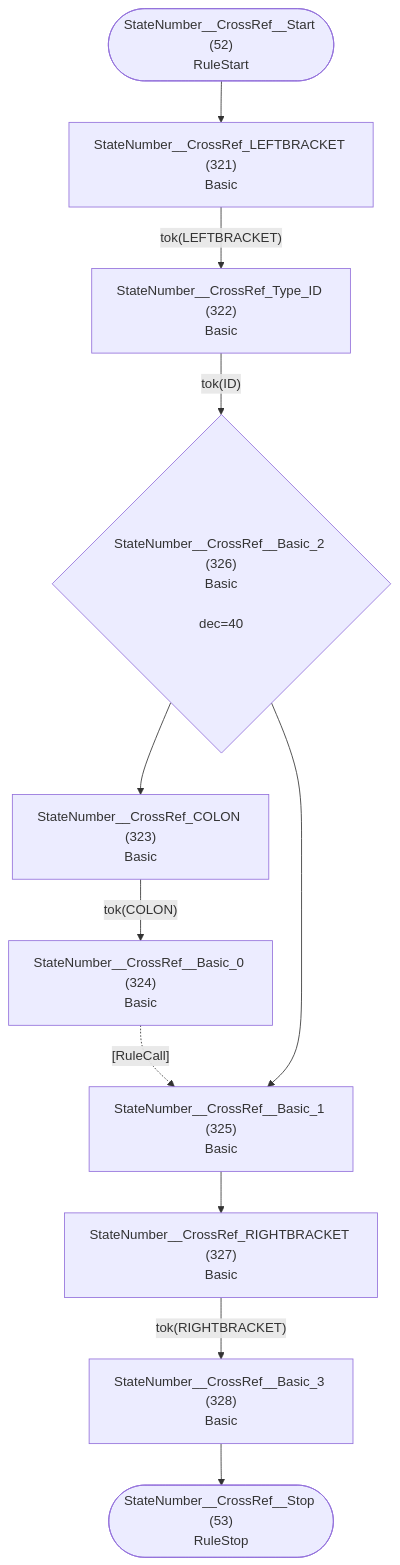
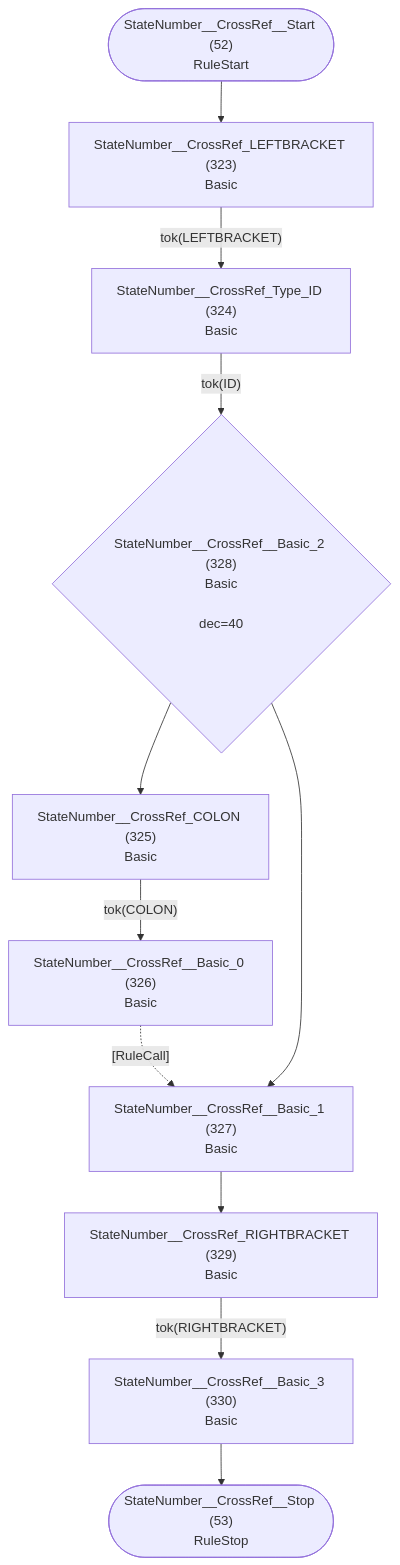
Diagram 27 of 33 in internal/grammar/atn.md (TypeFox/fastbelt), drawn with Mermaid before and after one commit. The commit also changed other lines of this file and 6 other files, not shown here.

````diff
--- a/internal/grammar/atn.md
+++ b/internal/grammar/atn.md
@@ -831,24 +836,24 @@
 ```mermaid
 flowchart TD
     q52(["StateNumber__CrossRef__Start (52)<br/>RuleStart"])
     q53(["StateNumber__CrossRef__Stop (53)<br/>RuleStop"])
-    q321["StateNumber__CrossRef_LEFTBRACKET (321)<br/>Basic<br/>"]
-    q322["StateNumber__CrossRef_Type_ID (322)<br/>Basic<br/>"]
-    q323["StateNumber__CrossRef_COLON (323)<br/>Basic<br/>"]
-    q324["StateNumber__CrossRef__Basic_0 (324)<br/>Basic<br/>"]
-    q325["StateNumber__CrossRef__Basic_1 (325)<br/>Basic<br/>"]
-    q326{"StateNumber__CrossRef__Basic_2 (326)<br/>Basic<br/><br/>dec=40"}
-    q327["StateNumber__CrossRef_RIGHTBRACKET (327)<br/>Basic<br/>"]
-    q328["StateNumber__CrossRef__Basic_3 (328)<br/>Basic<br/>"]
+    q323["StateNumber__CrossRef_LEFTBRACKET (323)<br/>Basic<br/>"]
+    q324["StateNumber__CrossRef_Type_ID (324)<br/>Basic<br/>"]
+    q325["StateNumber__CrossRef_COLON (325)<br/>Basic<br/>"]
+    q326["StateNumber__CrossRef__Basic_0 (326)<br/>Basic<br/>"]
+    q327["StateNumber__CrossRef__Basic_1 (327)<br/>Basic<br/>"]
+    q328{"StateNumber__CrossRef__Basic_2 (328)<br/>Basic<br/><br/>dec=40"}
+    q329["StateNumber__CrossRef_RIGHTBRACKET (329)<br/>Basic<br/>"]
+    q330["StateNumber__CrossRef__Basic_3 (330)<br/>Basic<br/>"]
 
-    q52 --> q321
-    q321 -->|"tok(LEFTBRACKET)"| q322
-    q322 -->|"tok(ID)"| q326
-    q323 -->|"tok(COLON)"| q324
-    q324 -.->|"[RuleCall]"| q325
-    q325 --> q327
-    q326 --> q323
-    q326 --> q325
-    q327 -->|"tok(RIGHTBRACKET)"| q328
-    q328 --> q53
+    q52 --> q323
+    q323 -->|"tok(LEFTBRACKET)"| q324
+    q324 -->|"tok(ID)"| q328
+    q325 -->|"tok(COLON)"| q326
+    q326 -.->|"[RuleCall]"| q327
+    q327 --> q329
+    q328 --> q325
+    q328 --> q327
+    q329 -->|"tok(RIGHTBRACKET)"| q330
+    q330 --> q53
 ```
````
